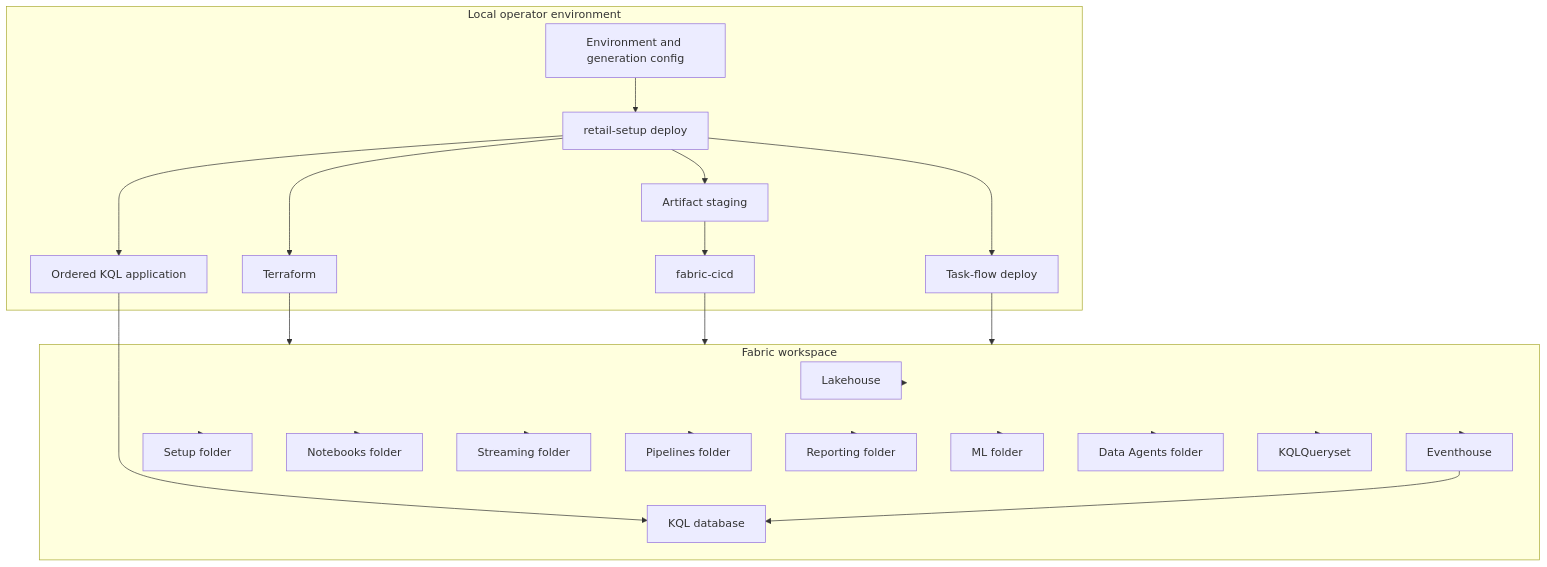
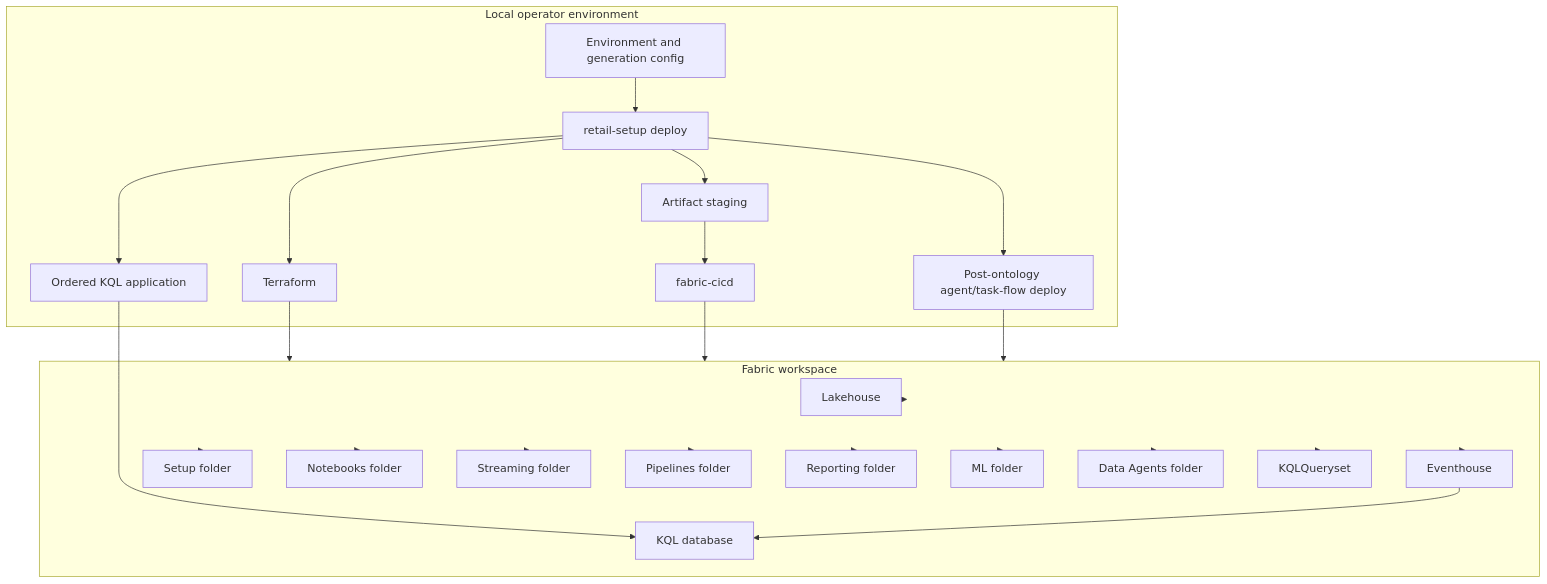
The diagram in docs/design/architecture/infrastructure.md (amattas/retail-demo), drawn with Mermaid before and after one commit. The commit also changed other lines of this file and 45 other files, not shown here.

````diff
--- a/docs/design/architecture/infrastructure.md
+++ b/docs/design/architecture/infrastructure.md
@@ -5,42 +5,42 @@
 ```mermaid
 flowchart TB
     subgraph Local[Local operator environment]
         Config[Environment and generation config]
         CLI[retail-setup deploy]
         TF[Terraform]
         Stage[Artifact staging]
         Publish[fabric-cicd]
         KQL[Ordered KQL application]
-        TaskFlow[Task-flow deploy]
+        PostOntology[Post-ontology agent/task-flow deploy]
     end
 
     subgraph Workspace[Fabric workspace]
         LH[Lakehouse]
         EH[Eventhouse]
         KDB[KQL database]
         Setup[Setup folder]
         Notebooks[Notebooks folder]
         Streaming[Streaming folder]
         Pipelines[Pipelines folder]
         Reporting[Reporting folder]
         ML[ML folder]
         DataAgents[Data Agents folder]
         Queryset[KQLQueryset]
     end
 
     Config --> CLI
     CLI --> TF --> Workspace
     CLI --> Stage --> Publish --> Workspace
     CLI --> KQL --> KDB
-    CLI --> TaskFlow --> Workspace
+    CLI --> PostOntology --> Workspace
     Workspace --> LH
     Workspace --> EH --> KDB
     Workspace --> Setup
     Workspace --> Notebooks
     Workspace --> Streaming
     Workspace --> Pipelines
     Workspace --> Reporting
     Workspace --> ML
     Workspace --> DataAgents
     Workspace --> Queryset
 ```
````
